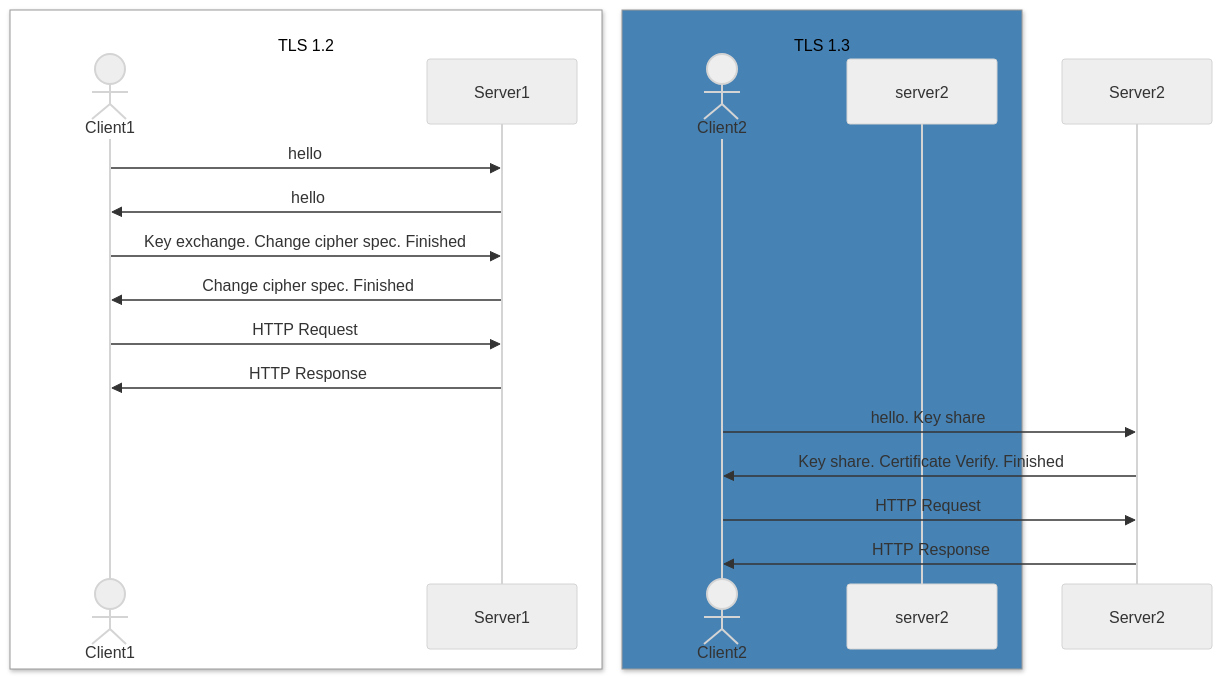
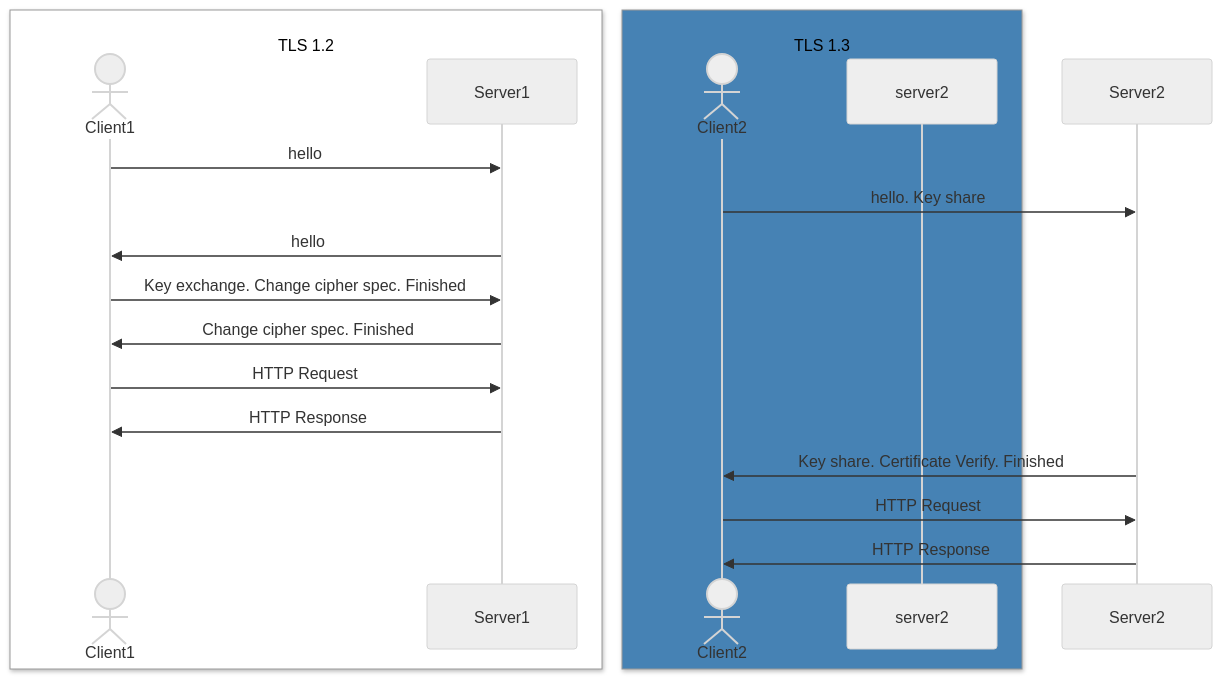
The third of 3 diagrams in tls_1.3.md (jtaverne/ovh), drawn with Mermaid before and after one commit.

````diff
--- a/tls_1.3.md
+++ b/tls_1.3.md
@@ -37,25 +37,26 @@
 ```mermaid
 %%{init: {'theme': 'neutral' } }%%
 sequenceDiagram
     box White <br/>TLS 1.2
     actor Client1
     participant Server1
     end
     box SteelBlue <br/>TLS 1.3
     actor Client2
     participant server2
     end
 
 Client1 ->> Server1 : hello
+Client2 ->> Server2 : hello. Key share
 Server1 ->> Client1 : hello
 Client1 ->> Server1 : Key exchange. Change cipher spec. Finished
 Server1 ->> Client1 : Change cipher spec. Finished
 Client1 ->> Server1 : HTTP Request
 Server1 ->> Client1 : HTTP Response
 
-Client2 ->> Server2 : hello. Key share
+
 Server2 ->> Client2 : Key share. Certificate Verify. Finished
 Client2 ->> Server2 : HTTP Request
 Server2 ->> Client2 : HTTP Response
 
 ```
````
